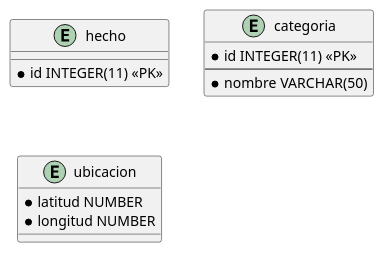
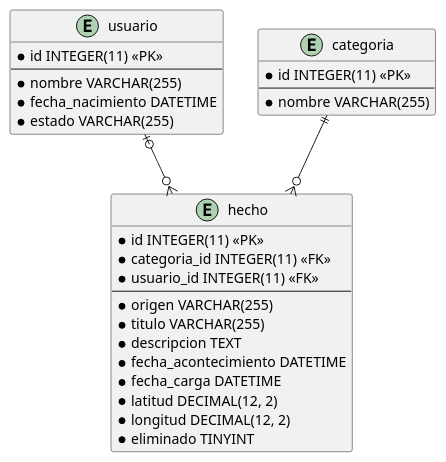
Before and after one commit to valenap-utn/metamapa-utn-2025: the diagram in entregables/entrega-4/modelosDeDatos/servicioFuenteEstatica.puml, drawn with PlantUML. The commit also changed 50 other files, not shown here.

```diff
--- a/entregables/entrega-4/modelosDeDatos/servicioFuenteEstatica.puml
+++ b/entregables/entrega-4/modelosDeDatos/servicioFuenteEstatica.puml
@@ -1,19 +1,33 @@
 @startuml
 'https://plantuml.com/class-diagram
-entity hecho{
+entity hecho {
     * id INTEGER(11) <<PK>>
-
+    * categoria_id INTEGER(11) <<FK>>
+    * usuario_id INTEGER(11) <<FK>>
+    --
+    * origen VARCHAR(255)
+    * titulo VARCHAR(255)
+    * descripcion TEXT
+    * fecha_acontecimiento DATETIME
+    * fecha_carga DATETIME
+    * latitud DECIMAL(12, 2)
+    * longitud DECIMAL(12, 2)
+    * eliminado TINYINT
 }
+entity usuario {
+    * id INTEGER(11) <<PK>>
+    --
+    * nombre VARCHAR(255)
+    * fecha_nacimiento DATETIME
+    * estado VARCHAR(255)
+}
+usuario |o--o{ hecho
 
 entity categoria {
     * id INTEGER(11) <<PK>>
     --
-    * nombre VARCHAR(50)
+    * nombre VARCHAR(255)
 }
-
-entity ubicacion {
-    * latitud NUMBER
-    * longitud NUMBER
-}
+categoria ||--o{ hecho
 
 @enduml
```
